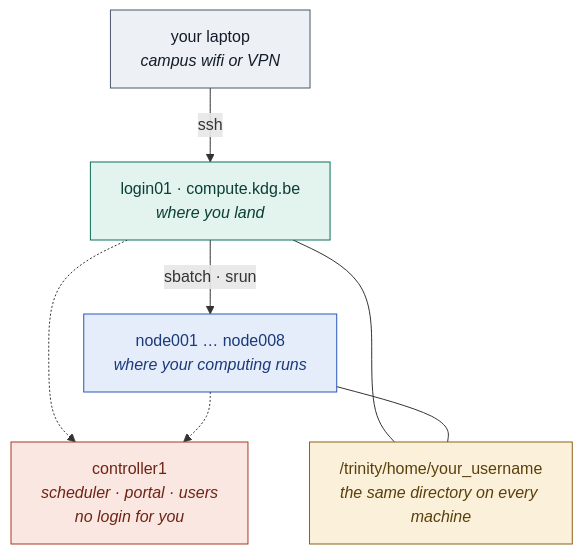
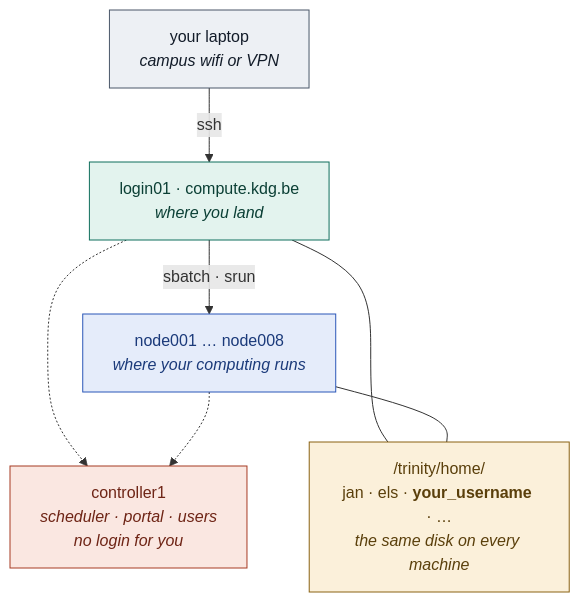
Before and after one commit to KdG-OCDI/HPC-public: the diagram in docs/en/README.md, drawn with Mermaid. The commit also changed 1 other file, not shown here.

Commit message:
Show the neighbours in the shared-storage box (#24)
One path told readers where their own directory is; three names tell them
it is one disk with everyone's home on it. That is the fact the rest of
the page leans on when it says nothing needs copying.

````diff
--- a/docs/en/README.md
+++ b/docs/en/README.md
@@ -10,26 +10,26 @@
 ```mermaid
 flowchart TB
     L["your laptop<br/><i>campus wifi or VPN</i>"]
     G["login01 · compute.kdg.be<br/><i>where you land</i>"]
     N["node001 … node008<br/><i>where your computing runs</i>"]
     C["controller1<br/><i>scheduler · portal · users<br/>no login for you</i>"]
-    S["/trinity/home/your_username<br/><i>the same directory on every machine</i>"]
+    S["/trinity/home/<br/>jan · els · <b>your_username</b> · …<br/><i>the same disk on every machine</i>"]
 
     L -- ssh --> G
     G -- "sbatch · srun" --> N
     G -.-> C
     N -.-> C
     G --- S
     N --- S
 
     classDef you fill:#EDF0F4,stroke:#4A5769,color:#131C29
     classDef login fill:#E3F3EE,stroke:#0F6E5C,color:#0B3F35
     classDef node fill:#E5ECFA,stroke:#2B57B8,color:#1B3A7A
     classDef ctrl fill:#FAE7E1,stroke:#A63A22,color:#6E2415
     classDef store fill:#FBF0DA,stroke:#8A6212,color:#5A3F0B
     class L you
     class G login
     class N node
     class C ctrl
     class S store
 ```
````
